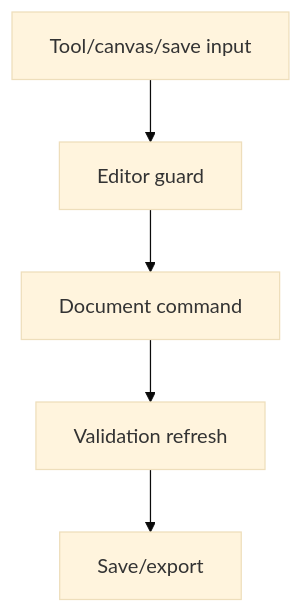
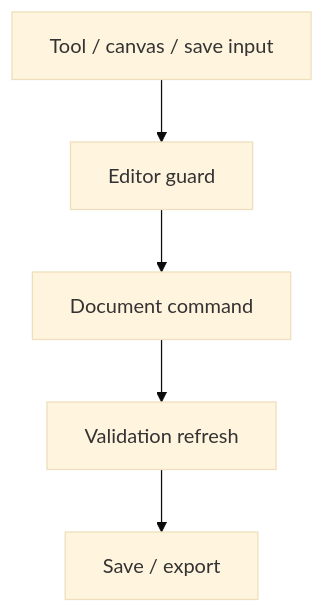
One commit to SunaNoOshiro/Heroes_Reforged_AI_Realms changed the third of 5 diagrams in docs/architecture/wiki/screens/65-map-editor/architecture.md. Above: the diagram before and after it, drawn with Mermaid (base theme). The commit also changed other lines of this file and 518 other files, not shown here.

First line of the commit message:
Add doc-audit skill and sweep architecture/screen docs

````diff
--- a/docs/architecture/wiki/screens/65-map-editor/architecture.md
+++ b/docs/architecture/wiki/screens/65-map-editor/architecture.md
@@ -46,8 +41,7 @@
 ```mermaid
 flowchart TD
-  I0["Tool/canvas/save input"] --> I1
-  I1["Editor guard"] --> I2
-  I2["Document command"] --> I3
-  I3["Validation refresh"] --> I4
-  I4["Save/export"]
+  Input["Tool / canvas / save input"] --> Guard["Editor guard"]
+  Guard --> Cmd["Document command"]
+  Cmd --> Validate["Validation refresh"]
+  Validate --> Save["Save / export"]
 ```
````
